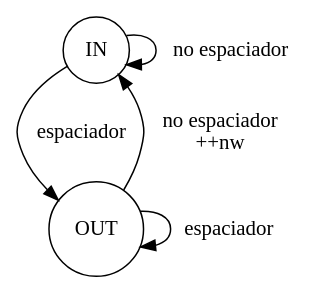
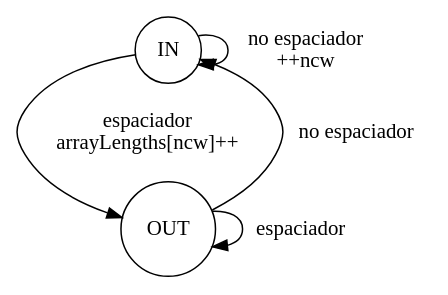
One commit to IAristia/SSL changed the diagram in 12-histograma/histograma.gv. Above: the diagram before and after it, drawn with Graphviz.

Commit message:
Corrección máquina de estado .gv

```diff
--- a/12-histograma/histograma.gv
+++ b/12-histograma/histograma.gv
@@ -1,15 +1,16 @@
 digraph G {
 
     graph  [bgcolor="white", fontname="Arial", fontsize=12]
 
     node [shape = circle];
     
     I [label = "IN"];
     O [label = "OUT"];
     
-    I -> O [label = "espaciador"];
-    O -> I [label = "no espaciador \n ++nw"];
-    I -> I [label = "no espaciador"];
+    O -> I [label = "no espaciador"];
+    I -> I [label = "no espaciador \n ++ncw"];
     O -> O [label = "espaciador"];
+    I -> O [label = "espaciador \n arrayLengths[ncw]++"];
+
 
 }
```
